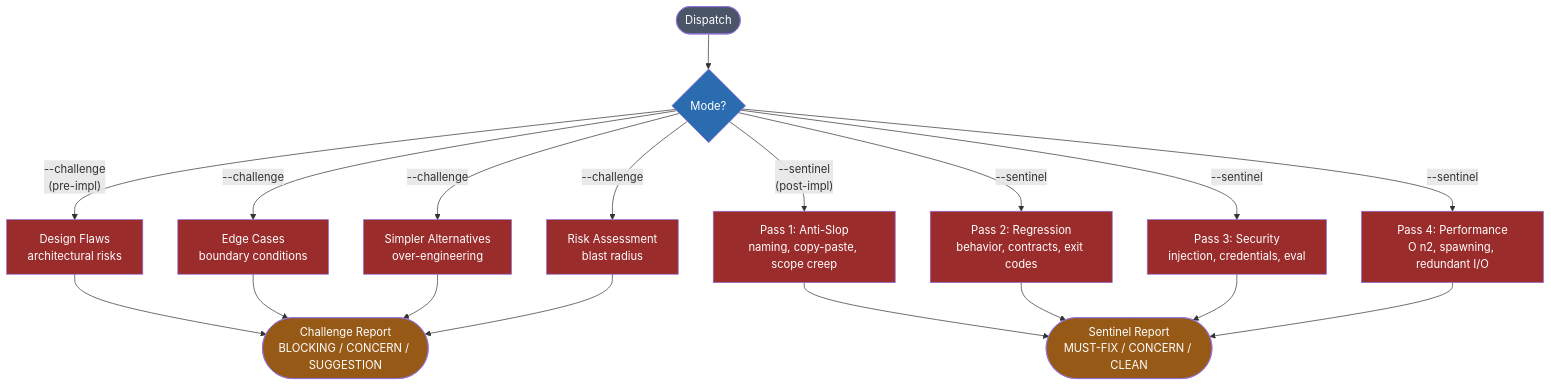
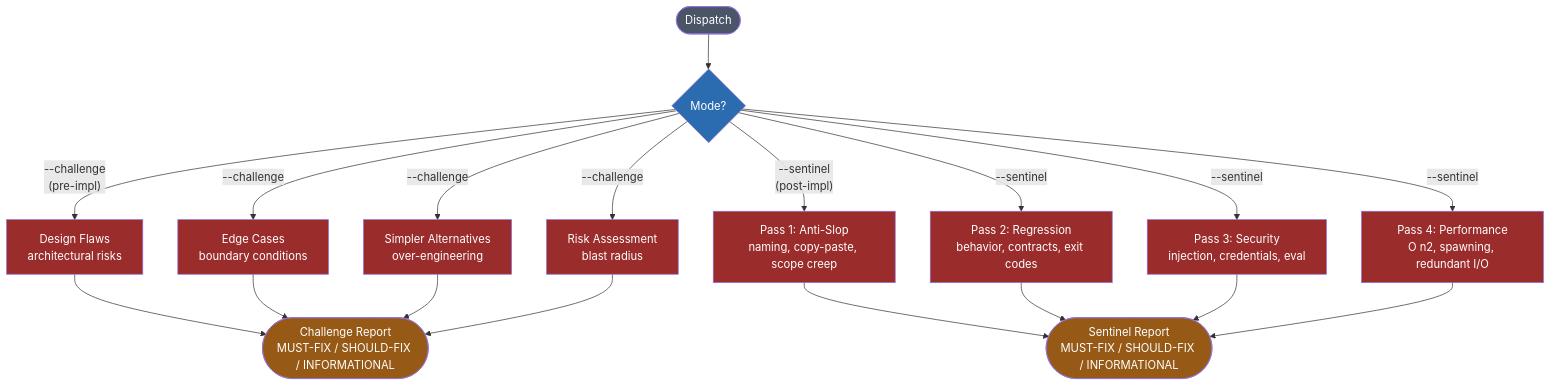
The seventh of 10 diagrams in reference/diagrams.md (rfxn/rdf), drawn with Mermaid before and after one commit. The commit also changed other lines of this file and 14 other files, not shown here.

````diff
--- a/reference/diagrams.md
+++ b/reference/diagrams.md
@@ -361,40 +362,40 @@
 ```mermaid
 flowchart TD
     Input([Dispatch]) --> Mode{Mode?}
 
     Mode -->|"--challenge\n(pre-impl)"| C1
     Mode -->|"--sentinel\n(post-impl)"| P1
 
     C1[Design Flaws\narchitectural risks] --> COut
     C2[Edge Cases\nboundary conditions] --> COut
     C3[Simpler Alternatives\nover-engineering] --> COut
     C4[Risk Assessment\nblast radius] --> COut
     Mode -->|"--challenge"| C2
     Mode -->|"--challenge"| C3
     Mode -->|"--challenge"| C4
 
-    COut([Challenge Report\nBLOCKING / CONCERN / SUGGESTION])
+    COut([Challenge Report\nMUST-FIX / SHOULD-FIX / INFORMATIONAL])
 
     P1[Pass 1: Anti-Slop\nnaming, copy-paste, scope creep] --> SOut
     P2[Pass 2: Regression\nbehavior, contracts, exit codes] --> SOut
     P3[Pass 3: Security\ninjection, credentials, eval] --> SOut
     P4[Pass 4: Performance\nO n2, spawning, redundant I/O] --> SOut
     Mode -->|"--sentinel"| P2
     Mode -->|"--sentinel"| P3
     Mode -->|"--sentinel"| P4
 
-    SOut([Sentinel Report\nMUST-FIX / CONCERN / CLEAN])
+    SOut([Sentinel Report\nMUST-FIX / SHOULD-FIX / INFORMATIONAL])
 
     style C1 fill:#9b2c2c,color:#fff
     style C2 fill:#9b2c2c,color:#fff
     style C3 fill:#9b2c2c,color:#fff
     style C4 fill:#9b2c2c,color:#fff
     style P1 fill:#9b2c2c,color:#fff
     style P2 fill:#9b2c2c,color:#fff
     style P3 fill:#9b2c2c,color:#fff
     style P4 fill:#9b2c2c,color:#fff
     style Input fill:#4a5568,color:#fff
     style Mode fill:#2b6cb0,color:#fff
     style COut fill:#975a16,color:#fff
     style SOut fill:#975a16,color:#fff
 ```
````
